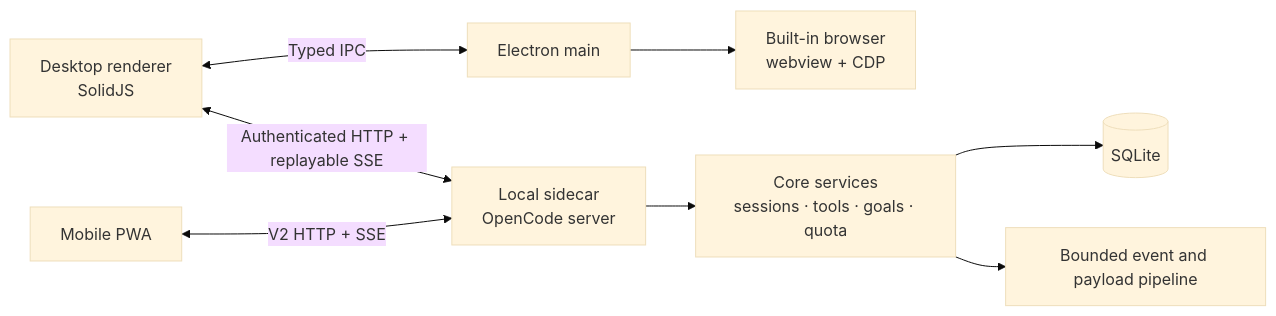
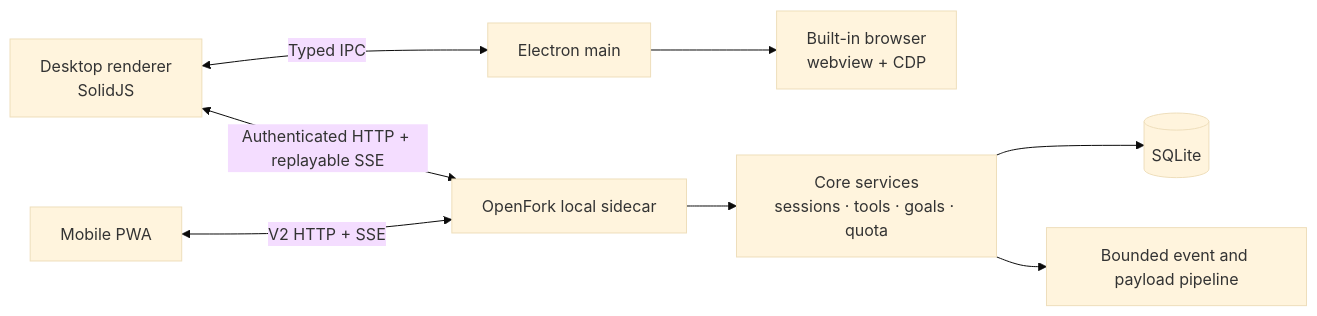
Before and after one commit to thelabcorner/openfork: the diagram in README.md, drawn with Mermaid (base theme). The commit also changed other lines of this file and 49 other files, not shown here.

First line of the commit message:
chore(fork): migrate fork-owned config namespace to .openfork and pin OpenFork distribution boundaries

````diff
--- a/README.md
+++ b/README.md
@@ -112,10 +131,10 @@
 ```mermaid
 flowchart LR
-  R["Desktop renderer<br/>SolidJS"] <-->|"Authenticated HTTP + replayable SSE"| S["Local sidecar<br/>OpenCode server"]
+  R["Desktop renderer<br/>SolidJS"] <-->|"Authenticated HTTP + replayable SSE"| S["OpenFork local sidecar"]
   R <-->|"Typed IPC"| M["Electron main"]
   M --> B["Built-in browser<br/>webview + CDP"]
   P["Mobile PWA"] <-->|"V2 HTTP + SSE"| S
   S --> C["Core services<br/>sessions · tools · goals · quota"]
   C --> D[("SQLite")]
   C --> E["Bounded event and payload pipeline"]
 ```
````
